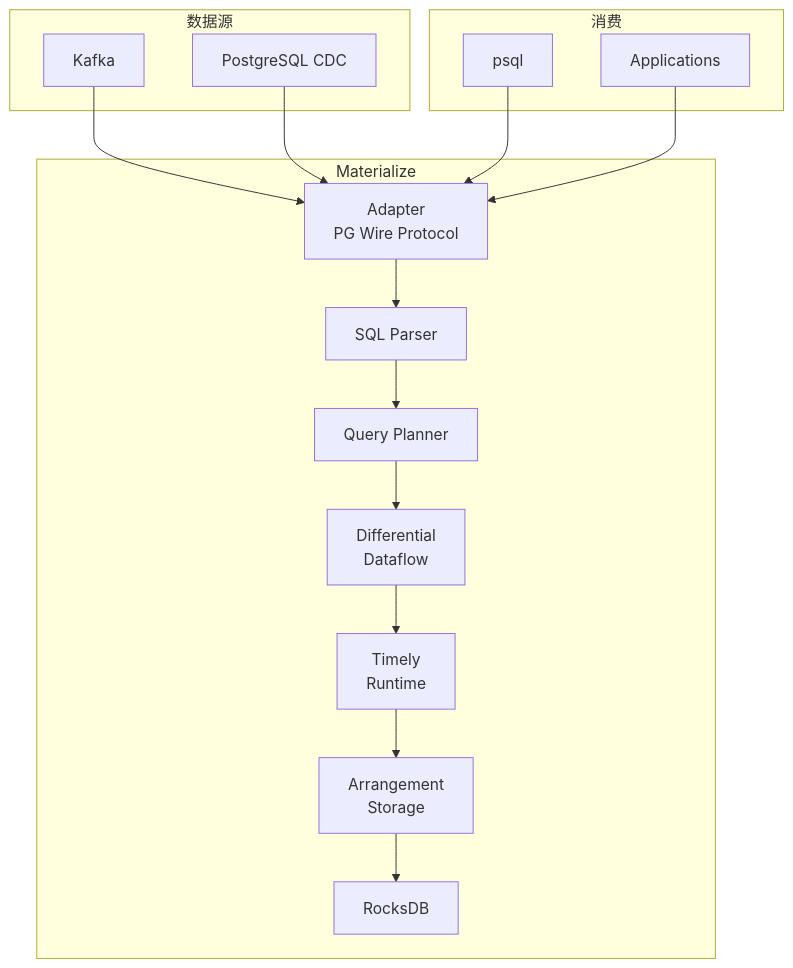
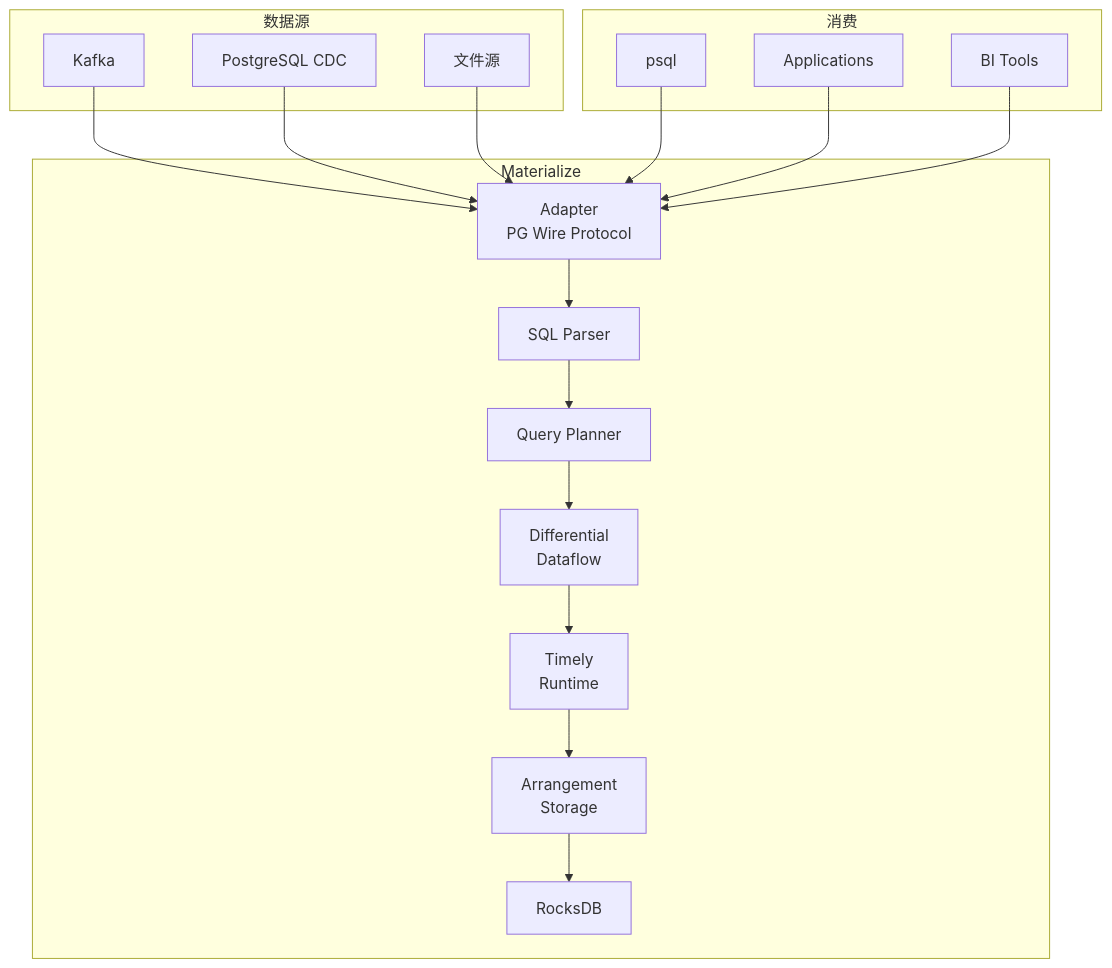
Before and after one commit to AdaMartin18010/AnalysisDataFlow: the second of 5 diagrams in Knowledge/Flink-Scala-Rust-Comprehensive/04-rust-engines/04.03-materialize-analysis.md, drawn with Mermaid. The commit also changed other lines of this file and 20 other files, not shown here.

````diff
--- a/Knowledge/Flink-Scala-Rust-Comprehensive/04-rust-engines/04.03-materialize-analysis.md
+++ b/Knowledge/Flink-Scala-Rust-Comprehensive/04-rust-engines/04.03-materialize-analysis.md
@@ -328,34 +558,39 @@
 ```mermaid
 graph TB
     subgraph "数据源"
         K[Kafka]
         PG[PostgreSQL CDC]
+        FILE[文件源]
     end
 
     subgraph "Materialize"
         ADAPTER[Adapter<br/>PG Wire Protocol]
         SQL[SQL Parser]
         PLANNER[Query Planner]
         DIFF[Differential<br/>Dataflow]
         TIMELY[Timely<br/>Runtime]
         ARR[Arrangement<br/>Storage]
-        STORE[RocksDB]
+        STORE[RocksDB
+]
     end
 
     subgraph "消费"
         CLI[psql]
         APP[Applications]
+        BI[BI Tools]
     end
 
     K --> ADAPTER
     PG --> ADAPTER
+    FILE --> ADAPTER
     ADAPTER --> SQL
     SQL --> PLANNER
     PLANNER --> DIFF
     DIFF --> TIMELY
     TIMELY --> ARR
     ARR --> STORE
 
     CLI --> ADAPTER
     APP --> ADAPTER
+    BI --> ADAPTER
 ```
````
